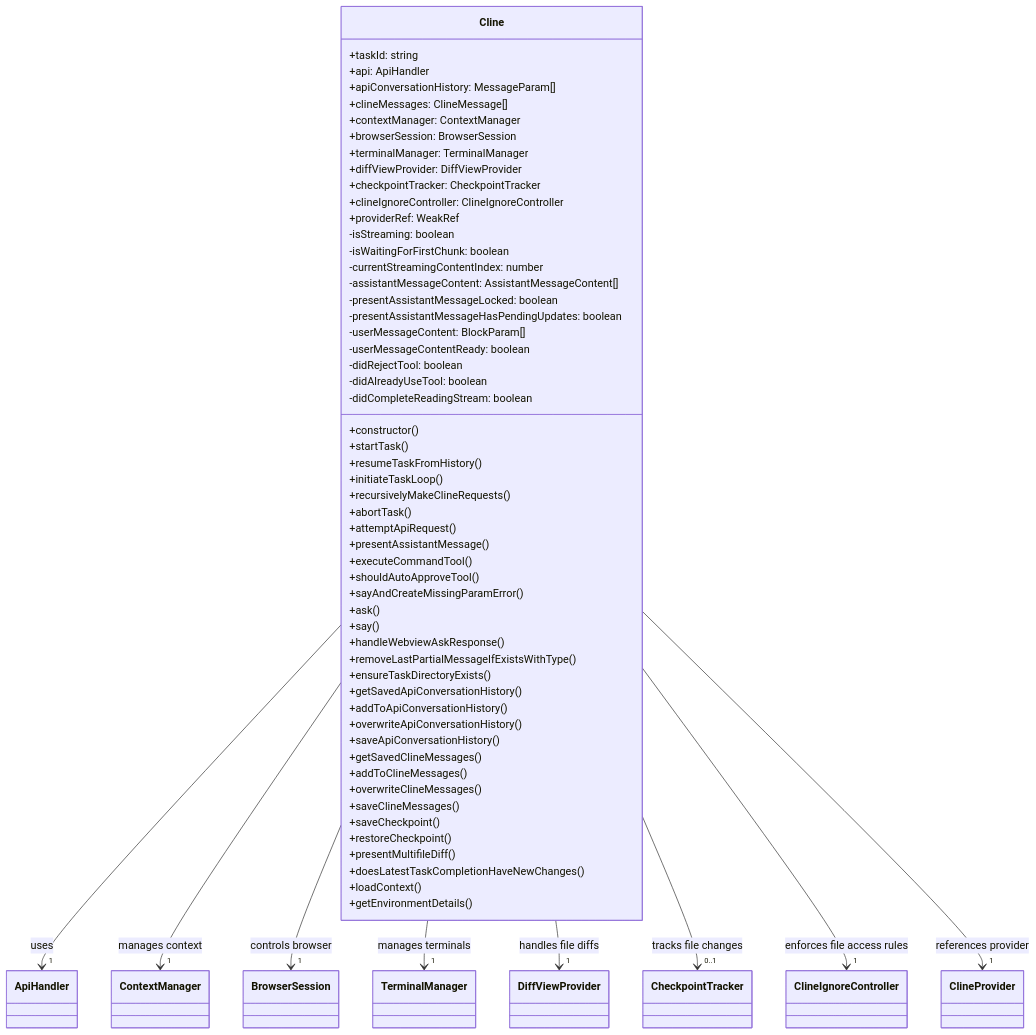
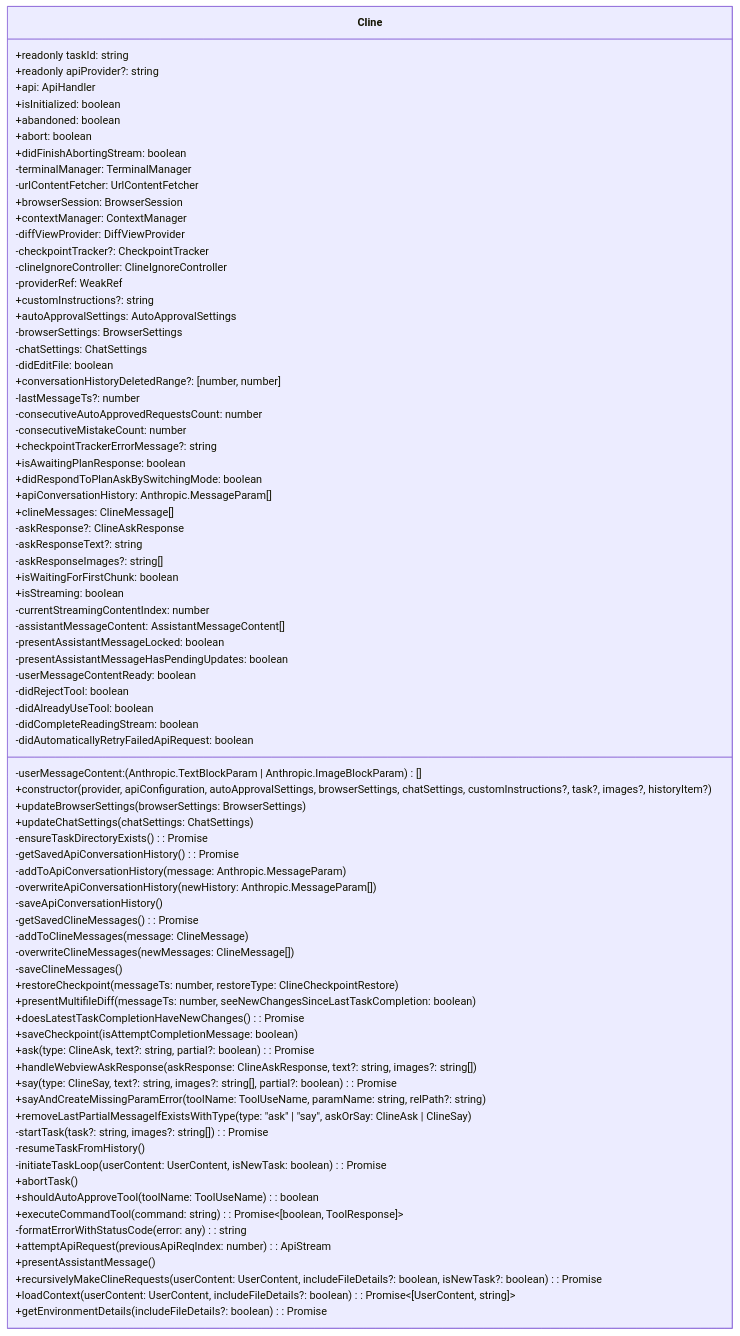
Before and after one commit to bharadwajpro/cline: the diagram in cline-class-diagram.md, drawn with Mermaid. The commit also changed other lines of this file and 1 other file, not shown here.

Commit message:
cline class and architecture diagram

````diff
--- a/cline-class-diagram.md
+++ b/cline-class-diagram.md
@@ -4,83 +6,110 @@
 classDiagram
     class Cline {
         %% Core Properties
-        +taskId: string
+        +readonly taskId: string
+        +readonly apiProvider?: string
         +api: ApiHandler
-        +apiConversationHistory: MessageParam[]
+        +isInitialized: boolean
+        +abandoned: boolean
+        +abort: boolean
+        +didFinishAbortingStream: boolean
+        
+        %% Managers & Services
+        -terminalManager: TerminalManager
+        -urlContentFetcher: UrlContentFetcher
+        +browserSession: BrowserSession
+        +contextManager: ContextManager
+        -diffViewProvider: DiffViewProvider
+        -checkpointTracker?: CheckpointTracker
+        -clineIgnoreController: ClineIgnoreController
+        -providerRef: WeakRef<ClineProvider>
+        
+        %% Settings
+        +customInstructions?: string
+        +autoApprovalSettings: AutoApprovalSettings
+        -browserSettings: BrowserSettings
+        -chatSettings: ChatSettings
+        
+        %% State Tracking
+        -didEditFile: boolean
+        +conversationHistoryDeletedRange?: [number, number]
+        -lastMessageTs?: number
+        -consecutiveAutoApprovedRequestsCount: number
+        -consecutiveMistakeCount: number
+        +checkpointTrackerErrorMessage?: string
+        +isAwaitingPlanResponse: boolean
+        +didRespondToPlanAskBySwitchingMode: boolean
+        
+        %% Message Storage
+        +apiConversationHistory: Anthropic.MessageParam[]
         +clineMessages: ClineMessage[]
-        +contextManager: ContextManager
-        +browserSession: BrowserSession
-        +terminalManager: TerminalManager
-        +diffViewProvider: DiffViewProvider
-        +checkpointTracker: CheckpointTracker
-        +clineIgnoreController: ClineIgnoreController
-        +providerRef: WeakRef<ClineProvider>
+        -askResponse?: ClineAskResponse
+        -askResponseText?: string
+        -askResponseImages?: string[]
         
         %% Streaming State
-        -isStreaming: boolean
-        -isWaitingForFirstChunk: boolean
+        +isWaitingForFirstChunk: boolean
+        +isStreaming: boolean
         -currentStreamingContentIndex: number
         -assistantMessageContent: AssistantMessageContent[]
         -presentAssistantMessageLocked: boolean
         -presentAssistantMessageHasPendingUpdates: boolean
-        -userMessageContent: BlockParam[]
+        -userMessageContent: (Anthropic.TextBlockParam | Anthropic.ImageBlockParam)[]
         -userMessageContentReady: boolean
         -didRejectTool: boolean
         -didAlreadyUseTool: boolean
         -didCompleteReadingStream: boolean
+        -didAutomaticallyRetryFailedApiRequest: boolean
         
-        %% Task Lifecycle
-        +constructor()
-        +startTask()
-        +resumeTaskFromHistory()
-        +initiateTaskLoop()
-        +recursivelyMakeClineRequests()
+        %% Constructor
+        +constructor(provider, apiConfiguration, autoApprovalSettings, browserSettings, chatSettings, customInstructions?, task?, images?, historyItem?)
+        
+        %% Settings Update Methods
+        +updateBrowserSettings(browserSettings: BrowserSettings)
+        +updateChatSettings(chatSettings: ChatSettings)
+        
+        %% Task Storage Methods
+        -ensureTaskDirectoryExists(): Promise<string>
+        -getSavedApiConversationHistory(): Promise<Anthropic.MessageParam[]>
+        -addToApiConversationHistory(message: Anthropic.MessageParam)
+        -overwriteApiConversationHistory(newHistory: Anthropic.MessageParam[])
+        -saveApiConversationHistory()
+        -getSavedClineMessages(): Promise<ClineMessage[]>
+        -addToClineMessages(message: ClineMessage)
+        -overwriteClineMessages(newMessages: ClineMessage[])
+        -saveClineMessages()
+        
+        %% Checkpoint Methods
+        +restoreCheckpoint(messageTs: number, restoreType: ClineCheckpointRestore)
+        +presentMultifileDiff(messageTs: number, seeNewChangesSinceLastTaskCompletion: boolean)
+        +doesLatestTaskCompletionHaveNewChanges(): Promise<boolean>
+        +saveCheckpoint(isAttemptCompletionMessage: boolean)
+        
+        %% Communication Methods
+        +ask(type: ClineAsk, text?: string, partial?: boolean): Promise
+        +handleWebviewAskResponse(askResponse: ClineAskResponse, text?: string, images?: string[])
+        +say(type: ClineSay, text?: string, images?: string[], partial?: boolean): Promise<undefined>
+        +sayAndCreateMissingParamError(toolName: ToolUseName, paramName: string, relPath?: string)
+        +removeLastPartialMessageIfExistsWithType(type: "ask" | "say", askOrSay: ClineAsk | ClineSay)
+        
+        %% Task Lifecycle Methods
+        -startTask(task?: string, images?: string[]): Promise<void>
+        -resumeTaskFromHistory()
+        -initiateTaskLoop(userContent: UserContent, isNewTask: boolean): Promise<void>
         +abortTask()
         
-        %% API & Streaming
-        +attemptApiRequest()
+        %% Tool Methods
+        +shouldAutoApproveTool(toolName: ToolUseName): boolean
+        +executeCommandTool(command: string): Promise<[boolean, ToolResponse]>
+        
+        %% API Request Methods
+        -formatErrorWithStatusCode(error: any): string
+        +attemptApiRequest(previousApiReqIndex: number): ApiStream
         +presentAssistantMessage()
+        +recursivelyMakeClineRequests(userContent: UserContent, includeFileDetails?: boolean, isNewTask?: boolean): Promise<boolean>
         
-        %% Tool Execution
-        +executeCommandTool()
-        +shouldAutoApproveTool()
-        +sayAndCreateMissingParamError()
-        
-        %% Webview Communication
-        +ask()
-        +say()
-        +handleWebviewAskResponse()
-        +removeLastPartialMessageIfExistsWithType()
-        
-        %% State Persistence
-        +ensureTaskDirectoryExists()
-        +getSavedApiConversationHistory()
-        +addToApiConversationHistory()
-        +overwriteApiConversationHistory()
-        +saveApiConversationHistory()
-        +getSavedClineMessages()
-        +addToClineMessages()
-        +overwriteClineMessages()
-        +saveClineMessages()
-        
-        %% Checkpoints
-        +saveCheckpoint()
-        +restoreCheckpoint()
-        +presentMultifileDiff()
-        +doesLatestTaskCompletionHaveNewChanges()
-        
-        %% Context Management
-        +loadContext()
-        +getEnvironmentDetails()
+        %% Context Methods
+        +loadContext(userContent: UserContent, includeFileDetails?: boolean): Promise<[UserContent, string]>
+        +getEnvironmentDetails(includeFileDetails?: boolean): Promise<string>
     }
-    
-    %% Relationships
-    Cline --> "1" ApiHandler: uses
-    Cline --> "1" ContextManager: manages context
-    Cline --> "1" BrowserSession: controls browser
-    Cline --> "1" TerminalManager: manages terminals
-    Cline --> "1" DiffViewProvider: handles file diffs
-    Cline --> "0..1" CheckpointTracker: tracks file changes
-    Cline --> "1" ClineIgnoreController: enforces file access rules
-    Cline --> "1" ClineProvider: references provider
 ```
````
